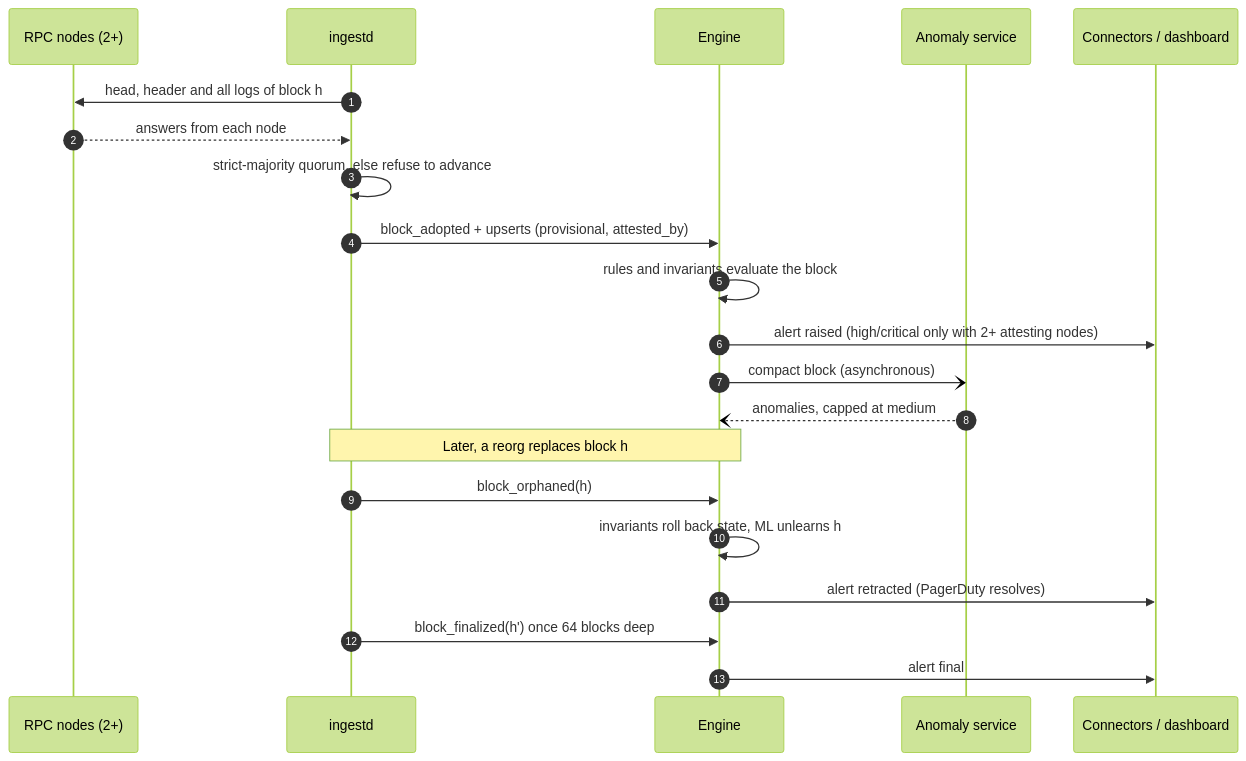
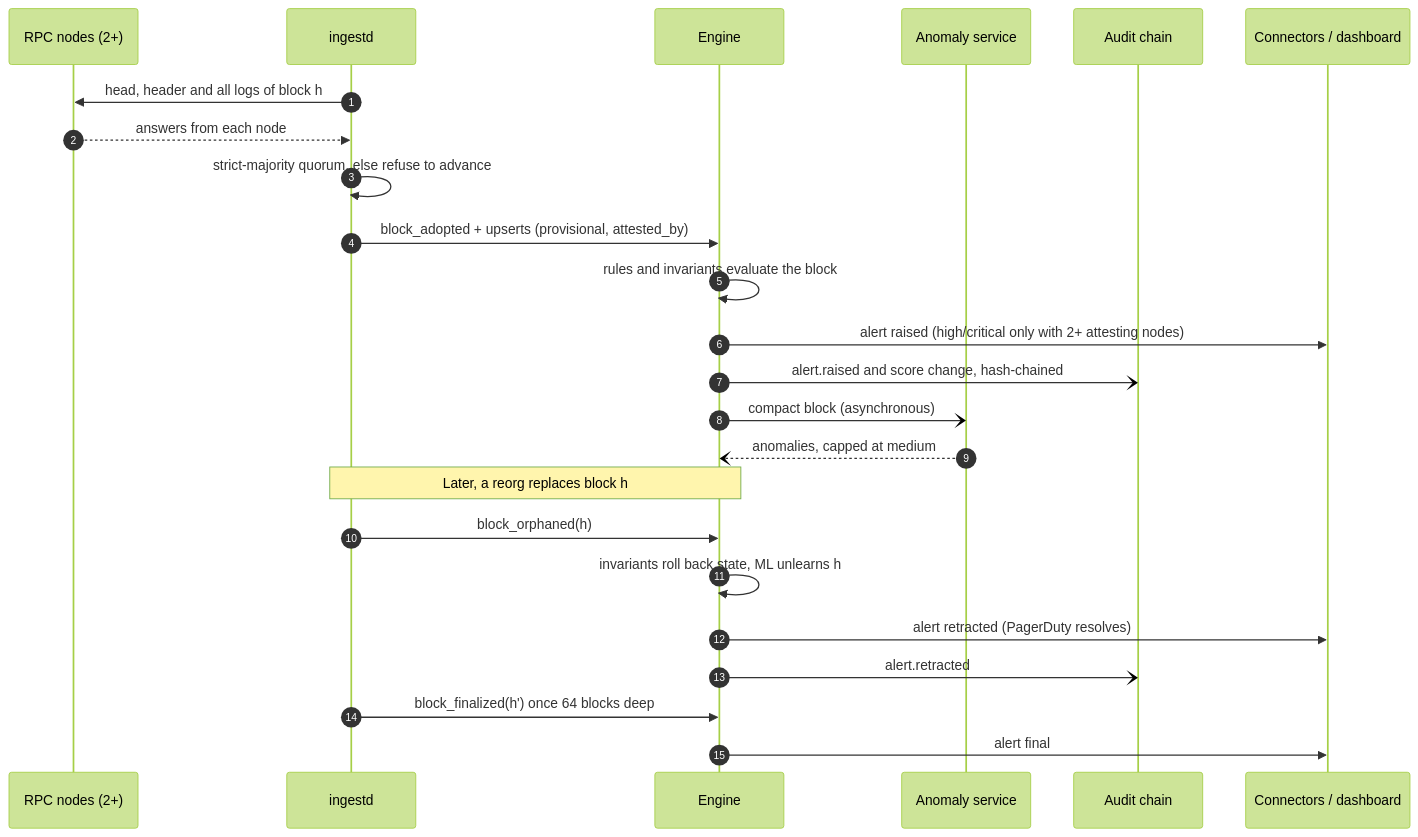
One commit to Arfazrll/ChainGuard-Protocol changed the second of 5 diagrams in README.md. Above: the diagram before and after it, drawn with Mermaid (forest theme). The commit also changed other lines of this file and 23 other files, not shown here.

````diff
--- a/README.md
+++ b/README.md
@@ -93,24 +123,27 @@
 ```mermaid
 sequenceDiagram
     autonumber
     participant N as RPC nodes (2+)
     participant I as ingestd
     participant E as Engine
     participant ML as Anomaly service
+    participant DB as Audit chain
     participant C as Connectors / dashboard
 
     I->>N: head, header and all logs of block h
     N-->>I: answers from each node
     I->>I: strict-majority quorum, else refuse to advance
     I->>E: block_adopted + upserts (provisional, attested_by)
     E->>E: rules and invariants evaluate the block
     E->>C: alert raised (high/critical only with 2+ attesting nodes)
+    E-)DB: alert.raised and score change, hash-chained
     E-)ML: compact block (asynchronous)
     ML--)E: anomalies, capped at medium
     Note over I,E: Later, a reorg replaces block h
     I->>E: block_orphaned(h)
     E->>E: invariants roll back state, ML unlearns h
     E->>C: alert retracted (PagerDuty resolves)
+    E-)DB: alert.retracted
     I->>E: block_finalized(h') once 64 blocks deep
     E->>C: alert final
 ```
````
